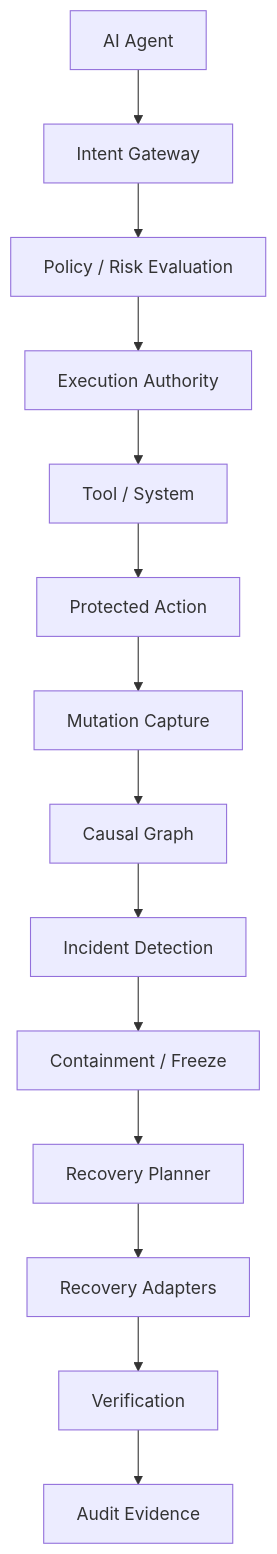
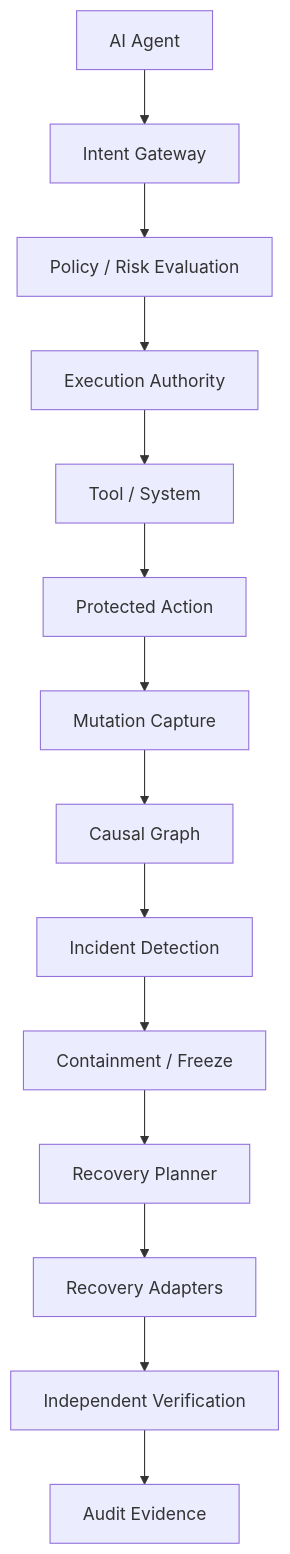
One commit to interlock219-beep/INTERLOCK-V4 changed the diagram in README.md. Above: the diagram before and after it, drawn with Mermaid. The commit also changed other lines of this file and 28 other files, not shown here.

````diff
--- a/README.md
+++ b/README.md
@@ -83,16 +200,16 @@
 ```mermaid
 flowchart TD
     A[AI Agent] --> B[Intent Gateway]
     B --> C[Policy / Risk Evaluation]
     C --> D[Execution Authority]
     D --> E[Tool / System]
     E --> F[Protected Action]
     F --> G[Mutation Capture]
     G --> H[Causal Graph]
     H --> I[Incident Detection]
     I --> J[Containment / Freeze]
     J --> K[Recovery Planner]
     K --> L[Recovery Adapters]
-    L --> M[Verification]
+    L --> M[Independent Verification]
     M --> N[Audit Evidence]
 ```
````
